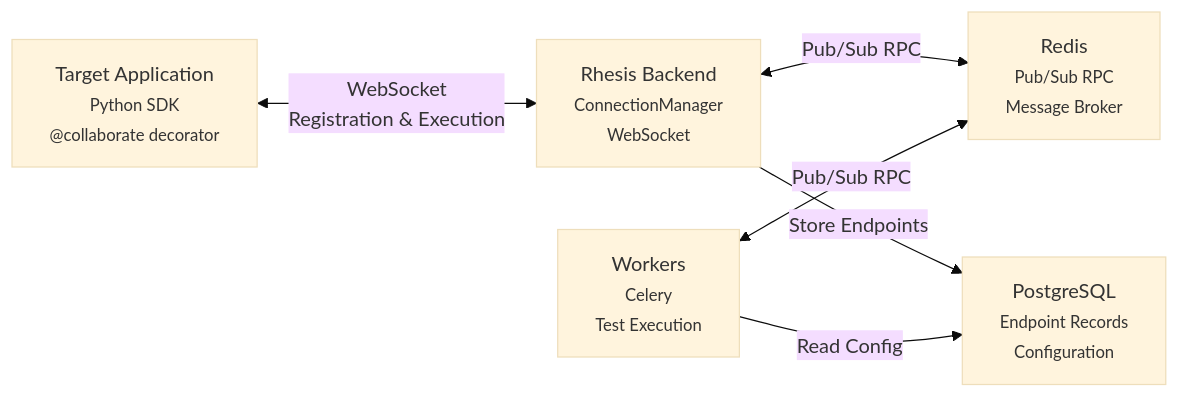
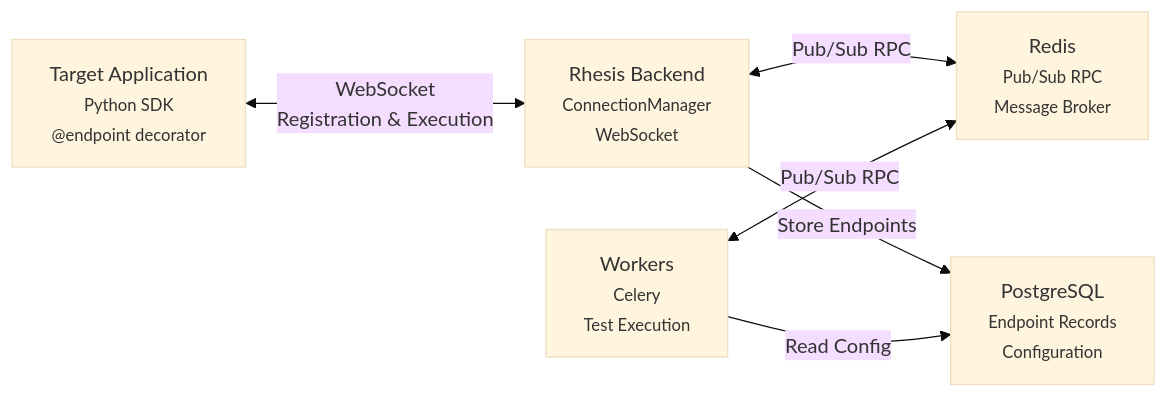
One commit to rhesis-ai/rhesis changed the diagram in docs/content/development/connector.mdx. Above: the diagram before and after it, drawn with Mermaid (base theme). The commit also changed other lines of this file and 2 other files, not shown here.

First line of the commit message:
docs: update all documentation to use @endpoint decorator

````diff
--- a/docs/content/development/connector.mdx
+++ b/docs/content/development/connector.mdx
@@ -11,14 +11,14 @@
 ```mermaid
 graph LR
-    TargetApp["Target Application<br/><small>Python SDK<br/>@collaborate decorator</small>"]
+    TargetApp["Target Application<br/><small>Python SDK<br/>@endpoint decorator</small>"]
     Backend["Rhesis Backend<br/><small>ConnectionManager<br/>WebSocket</small>"]
     Workers["Workers<br/><small>Celery<br/>Test Execution</small>"]
     Redis["Redis<br/><small>Pub/Sub RPC<br/>Message Broker</small>"]
     PostgreSQL["PostgreSQL<br/><small>Endpoint Records<br/>Configuration</small>"]
 
     TargetApp <-->|WebSocket<br/>Registration & Execution| Backend
     Backend <-->|Pub/Sub RPC| Redis
     Workers <-->|Pub/Sub RPC| Redis
     Backend -->|Store Endpoints| PostgreSQL
     Workers -->|Read Config| PostgreSQL
 ```
````
